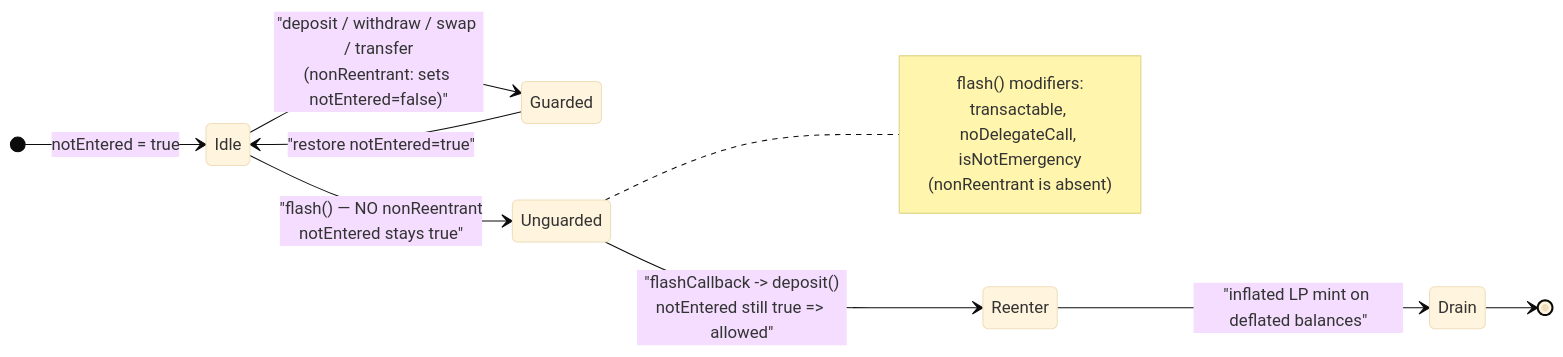
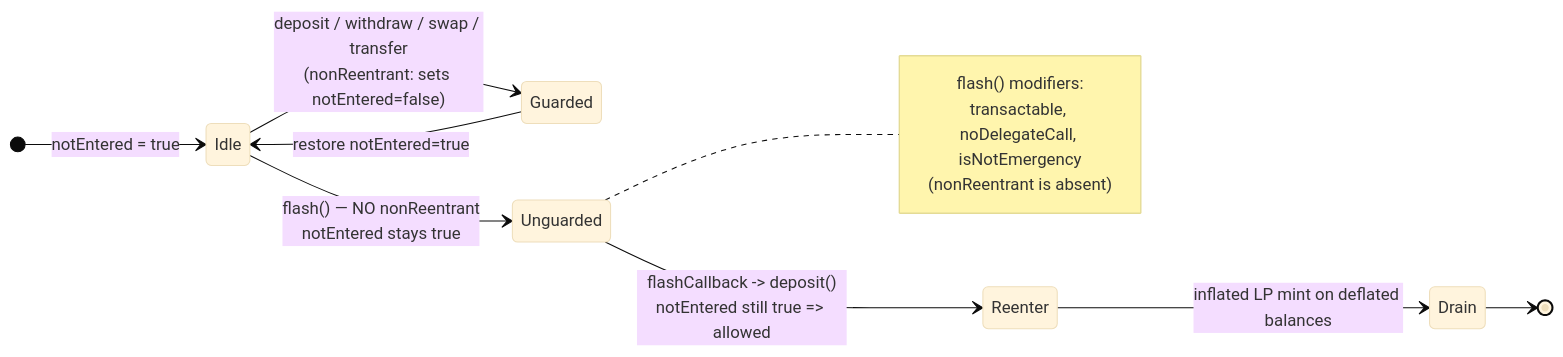
One commit to sanbir/evm-hack-registry changed the third of 3 diagrams in 2022-11-DFX_exp/DFX_exp.md. Above: the diagram before and after it, drawn with Mermaid (base theme). The commit also changed 280 other files, not shown here.

Commit message:
mermaid fixes

````diff
--- a/2022-11-DFX_exp/DFX_exp.md
+++ b/2022-11-DFX_exp/DFX_exp.md
@@ -346,17 +346,17 @@
 ```mermaid
 stateDiagram-v2
     direction LR
     [*] --> Idle: notEntered = true
-    Idle --> Guarded: "deposit / withdraw / swap / transfer<br/>(nonReentrant: sets notEntered=false)"
-    Guarded --> Idle: "restore notEntered=true"
-    Idle --> Unguarded: "flash() — NO nonReentrant<br/>notEntered stays true"
-    Unguarded --> Reenter: "flashCallback -> deposit()<br/>notEntered still true => allowed"
-    Reenter --> Drain: "inflated LP mint on deflated balances"
+    Idle --> Guarded: deposit / withdraw / swap / transfer<br/>(nonReentrant#58; sets notEntered=false)
+    Guarded --> Idle: restore notEntered=true
+    Idle --> Unguarded: flash() — NO nonReentrant<br/>notEntered stays true
+    Unguarded --> Reenter: flashCallback -> deposit()<br/>notEntered still true => allowed
+    Reenter --> Drain: inflated LP mint on deflated balances
     Drain --> [*]
 
     note right of Unguarded
         flash() modifiers:
         transactable, noDelegateCall, isNotEmergency
         (nonReentrant is absent)
     end note
 ```
````
